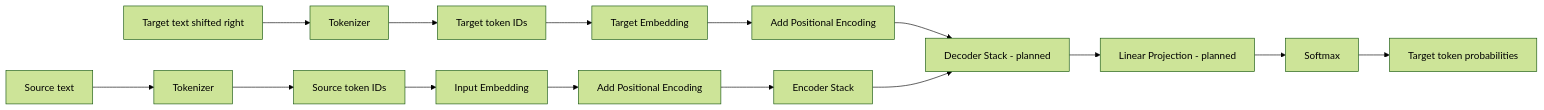
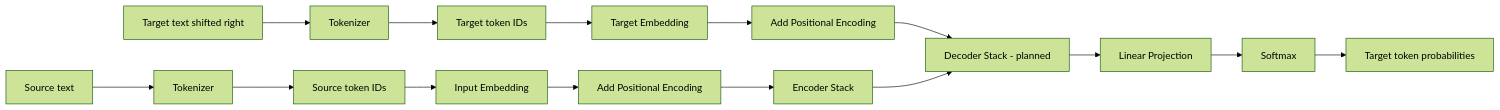
Before and after one commit to Ayushsan1/Transformer---Architecture-Implementation-Attention-is-all-you-need-: the first of 3 diagrams in README.md, drawn with Mermaid (forest theme). The commit also changed other lines of this file and 7 other files, not shown here.

Commit message:
Transformer full Architecture with Train and Test Script

````diff
--- a/README.md
+++ b/README.md
@@ -31,19 +31,19 @@
 ```mermaid
 flowchart LR
     A[Source text] --> B[Tokenizer]
     B --> C[Source token IDs]
     C --> D[Input Embedding]
     D --> E[Add Positional Encoding]
     E --> F[Encoder Stack]
 
     G[Target text shifted right] --> H[Tokenizer]
     H --> I[Target token IDs]
     I --> J[Target Embedding]
     J --> K[Add Positional Encoding]
     K --> L[Decoder Stack - planned]
 
     F --> L
-    L --> M[Linear Projection - planned]
+    L --> M[Linear Projection]
     M --> N[Softmax]
     N --> O[Target token probabilities]
 ```
````
